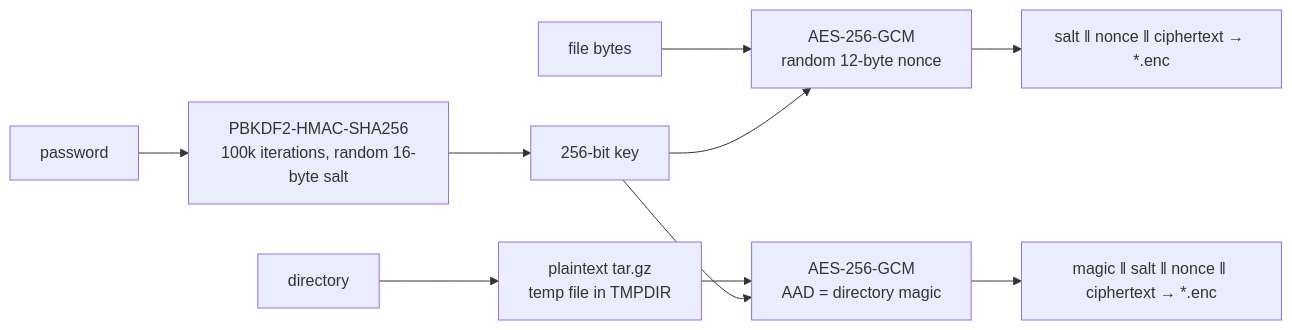
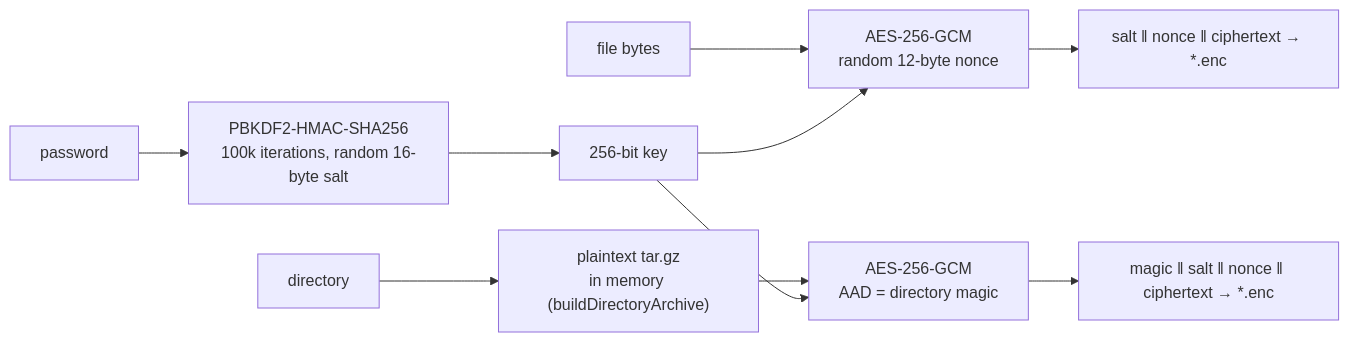
The second of 3 diagrams in intel/map.md (jabbott-iii/Cryptare), drawn with Mermaid before and after one commit. The commit also changed other lines of this file and 16 other files, not shown here.

````diff
--- a/intel/map.md
+++ b/intel/map.md
@@ -72,8 +73,8 @@
 ```mermaid
 flowchart LR
   pw["password"] --> kdf["PBKDF2-HMAC-SHA256<br/>100k iterations, random 16-byte salt"] --> key["256-bit key"]
   file["file bytes"] --> gcm1["AES-256-GCM<br/>random 12-byte nonce"]
   key --> gcm1 --> out1["salt ‖ nonce ‖ ciphertext → *.enc"]
-  dir["directory"] --> tmp["plaintext tar.gz<br/>temp file in TMPDIR"] --> gcm2["AES-256-GCM<br/>AAD = directory magic"]
+  dir["directory"] --> tmp["plaintext tar.gz<br/>in memory (buildDirectoryArchive)"] --> gcm2["AES-256-GCM<br/>AAD = directory magic"]
   key --> gcm2 --> out2["magic ‖ salt ‖ nonce ‖ ciphertext → *.enc"]
 ```
````
